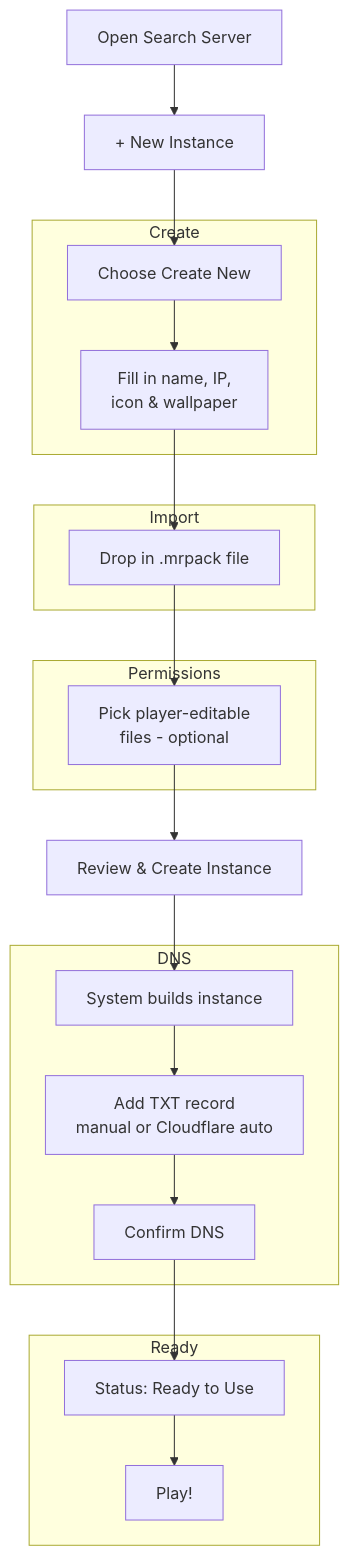
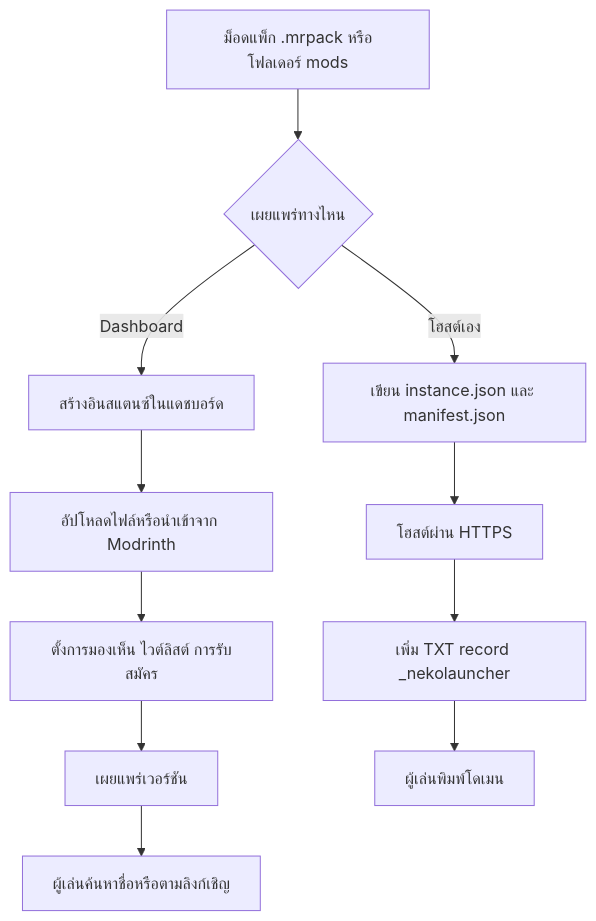
One commit to alice-magic/wiki changed the diagram in th/how-to/make-your-own-instance.md. Above: the diagram before and after it, drawn with Mermaid. The commit also changed other lines of this file and 43 other files, not shown here.

````diff
--- a/th/how-to/make-your-own-instance.md
+++ b/th/how-to/make-your-own-instance.md
@@ -9,30 +12,13 @@
 ```mermaid
 flowchart TD
-    A[Open Search Server] --> B[+ New Instance]
-    B --> C[Choose Create New]
-
-    subgraph Create
-        C --> D[Fill in name, IP,<br/>icon & wallpaper]
-    end
-
-    subgraph Import
-        D --> E[Drop in .mrpack file]
-    end
-
-    subgraph Permissions
-        E --> F[Pick player-editable<br/>files - optional]
-    end
-
-    F --> G[Review & Create Instance]
-    G --> H[System builds instance]
-
-    subgraph DNS
-        H --> I[Add TXT record<br/>manual or Cloudflare auto]
-        I --> J[Confirm DNS]
-    end
-
-    subgraph Ready
-        J --> K[Status: Ready to Use]
-        K --> L[Play!]
-    end
+    A[ม็อดแพ็ก .mrpack หรือโฟลเดอร์ mods] --> B{เผยแพร่ทางไหน}
+    B -- Dashboard --> C[สร้างอินสแตนซ์ในแดชบอร์ด]
+    C --> D[อัปโหลดไฟล์หรือนำเข้าจาก Modrinth]
+    D --> E[ตั้งการมองเห็น ไวต์ลิสต์ การรับสมัคร]
+    E --> F[เผยแพร่เวอร์ชัน]
+    B -- โฮสต์เอง --> G[เขียน instance.json และ manifest.json]
+    G --> H[โฮสต์ผ่าน HTTPS]
+    H --> I[เพิ่ม TXT record _nekolauncher]
+    F --> J[ผู้เล่นค้นหาชื่อหรือตามลิงก์เชิญ]
+    I --> K[ผู้เล่นพิมพ์โดเมน]
 ```
````
